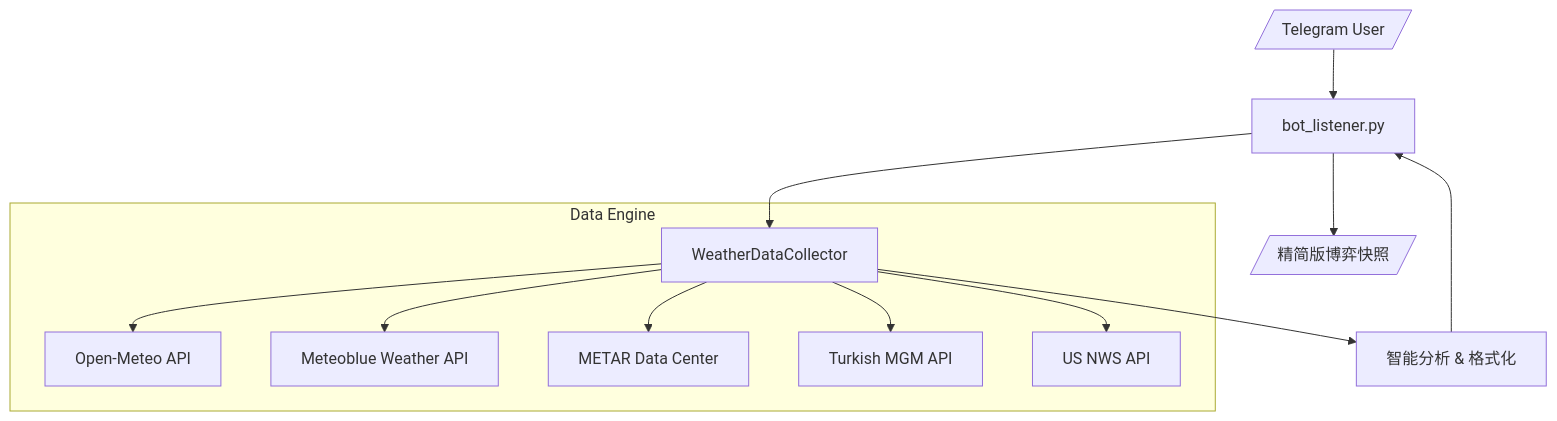
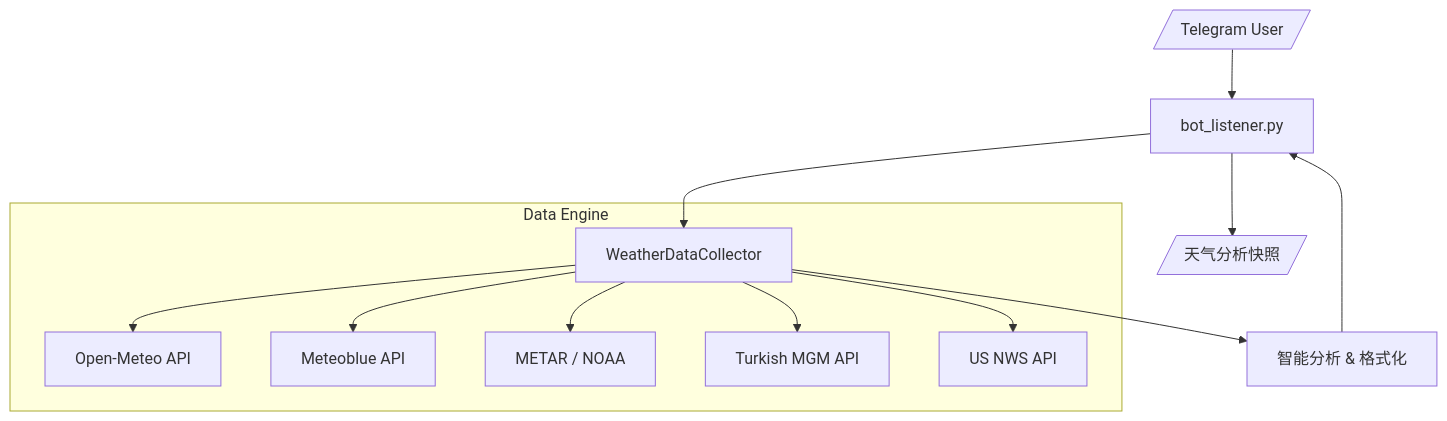
The diagram in README_ZH.md (yangyuan-zhen/PolyWeather), drawn with Mermaid before and after one commit. The commit also changed other lines of this file and 2 other files, not shown here.

````diff
--- a/README_ZH.md
+++ b/README_ZH.md
@@ -119,17 +139,17 @@
 ```mermaid
 graph TD
     User[/Telegram User/] --> Bot[bot_listener.py]
     Bot --> Collector[WeatherDataCollector]
 
     subgraph "Data Engine"
         Collector --> OM[Open-Meteo API]
-        Collector --> MB[Meteoblue Weather API]
-        Collector --> NOAA[METAR Data Center]
+        Collector --> MB[Meteoblue API]
+        Collector --> NOAA[METAR / NOAA]
         Collector --> MGM[Turkish MGM API]
         Collector --> NWS[US NWS API]
     end
 
     Collector --> Processing[智能分析 & 格式化]
     Processing --> Bot
-    Bot --> Reponse[/精简版博弈快照/]
+    Bot --> Response[/天气分析快照/]
 ```
````
